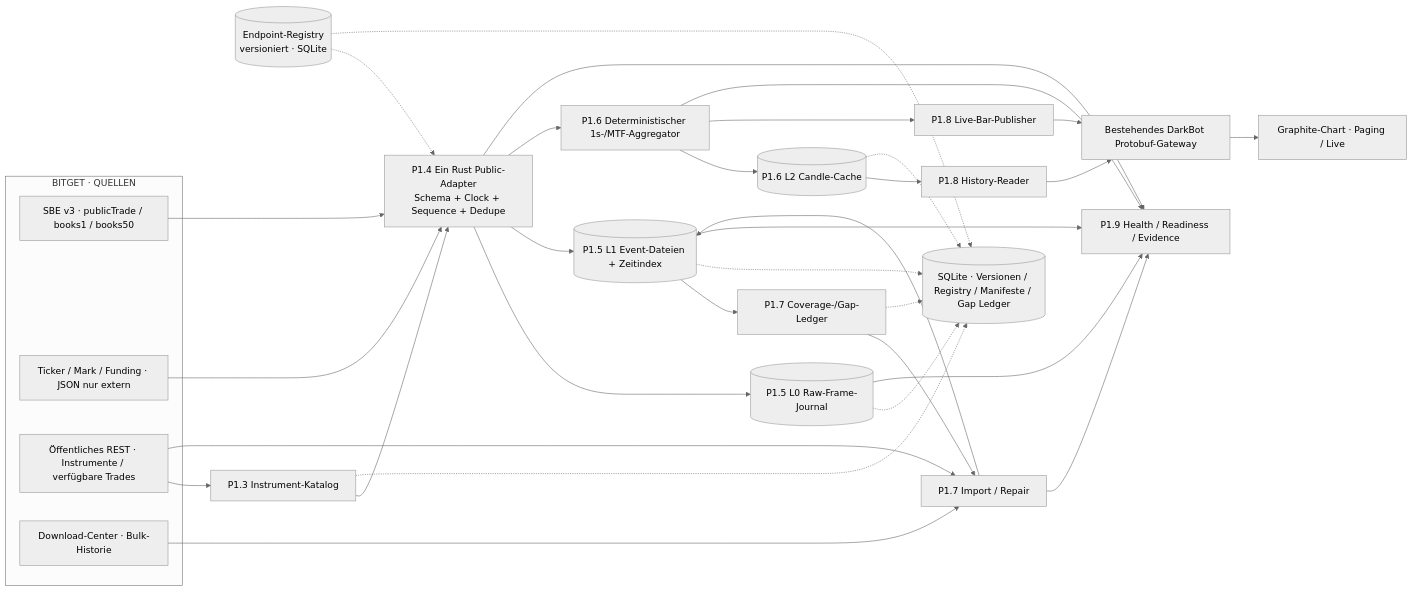
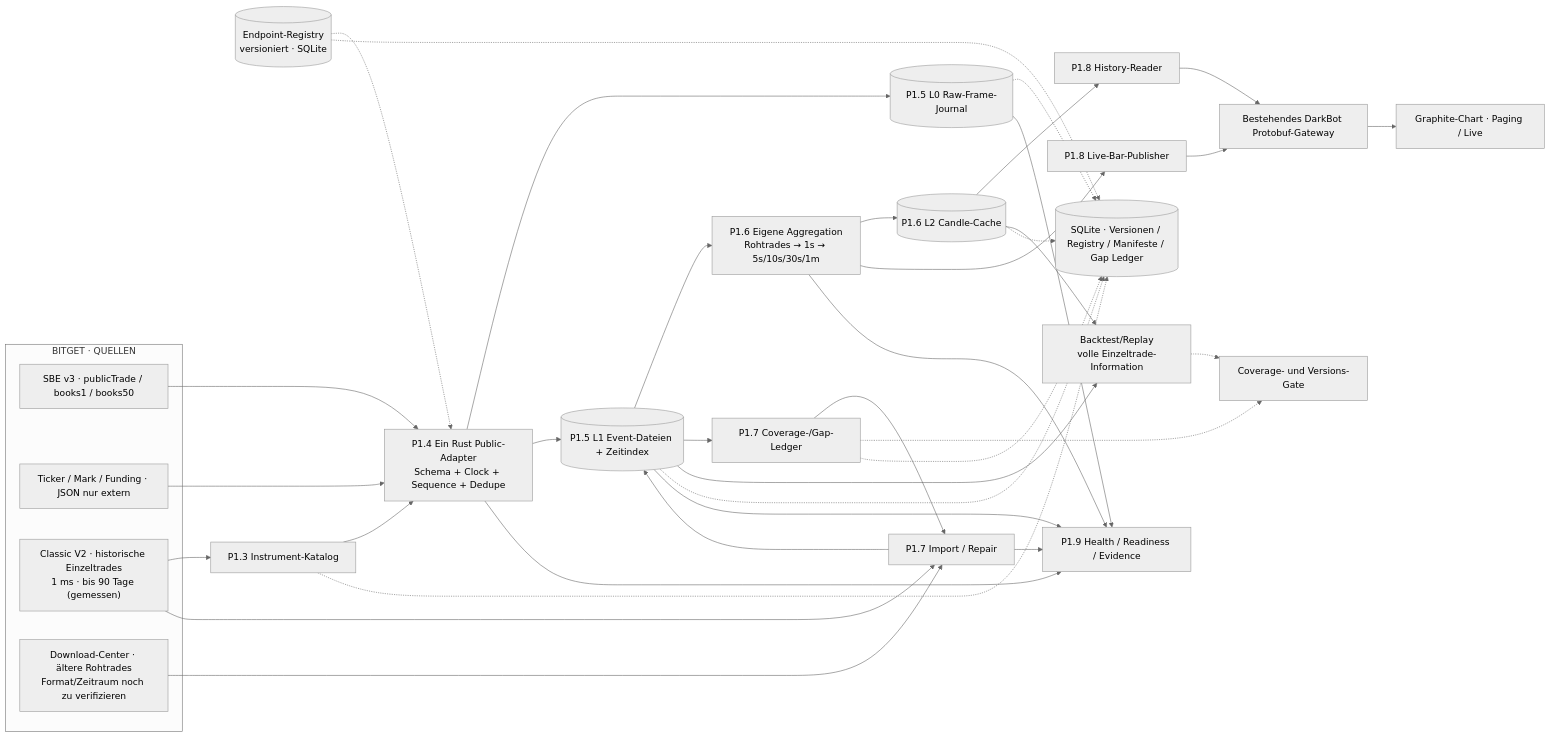
Before and after one commit to sawyerma/darkbot: the first of 2 diagrams in darknode/docs/PHASENPLAN_P1_V1.md, drawn with Mermaid (neutral theme). The commit also changed other lines of this file, not shown here.

Commit message:
docs(darknode): require historical raw trades and own 1s MTF aggregation in P1 and diagrams

````diff
--- a/darknode/docs/PHASENPLAN_P1_V1.md
+++ b/darknode/docs/PHASENPLAN_P1_V1.md
@@ -32,39 +32,43 @@
 ```mermaid
 flowchart LR
   subgraph BITGET["BITGET · QUELLEN"]
     SBE["SBE v3 · publicTrade / books1 / books50"]
     JSON["Ticker / Mark / Funding · JSON nur extern"]
-    REST["Öffentliches REST · Instrumente / verfügbare Trades"]
-    ARCH["Download-Center · Bulk-Historie"]
+    REST["Classic V2 · historische Einzeltrades<br/>1 ms · bis 90 Tage (gemessen)"]
+    ARCH["Download-Center · ältere Rohtrades<br/>Format/Zeitraum noch zu verifizieren"]
   end
   REG[("Endpoint-Registry<br/>versioniert · SQLite")]
   INS["P1.3 Instrument-Katalog"]
   AD["P1.4 Ein Rust Public-Adapter<br/>Schema + Clock + Sequence + Dedupe"]
   REG -.-> AD
   SBE --> AD
   JSON --> AD
   REST --> INS
   INS --> AD
   AD --> L0[("P1.5 L0 Raw-Frame-Journal")]
   AD --> L1[("P1.5 L1 Event-Dateien + Zeitindex")]
-  AD --> AGG["P1.6 Deterministischer 1s-/MTF-Aggregator"]
+  L1 --> AGG["P1.6 Eigene Aggregation<br/>Rohtrades → 1s → 5s/10s/30s/1m"]
   AGG --> L2[("P1.6 L2 Candle-Cache")]
   REST --> IMPORT["P1.7 Import / Repair"]
   ARCH --> IMPORT
   IMPORT --> L1
   L1 --> GAP["P1.7 Coverage-/Gap-Ledger"]
   GAP --> IMPORT
   L2 --> HIS["P1.8 History-Reader"]
+  L1 --> BT["Backtest/Replay<br/>volle Einzeltrade-Information"]
+  L2 --> BT
+  BT -.-> QUAL["Coverage- und Versions-Gate"]
+  GAP -.-> QUAL
   AGG --> PUSH["P1.8 Live-Bar-Publisher"]
   HIS --> GW["Bestehendes DarkBot Protobuf-Gateway"]
   PUSH --> GW
   GW --> GUI["Graphite-Chart · Paging / Live"]
   SQL[("SQLite · Versionen / Registry / Manifeste / Gap Ledger")]
   REG -.-> SQL
   INS -.-> SQL
   GAP -.-> SQL
   L0 -.-> SQL
   L1 -.-> SQL
   L2 -.-> SQL
   AD & L0 & L1 & AGG & IMPORT --> OPS["P1.9 Health / Readiness / Evidence"]
 ```
````
